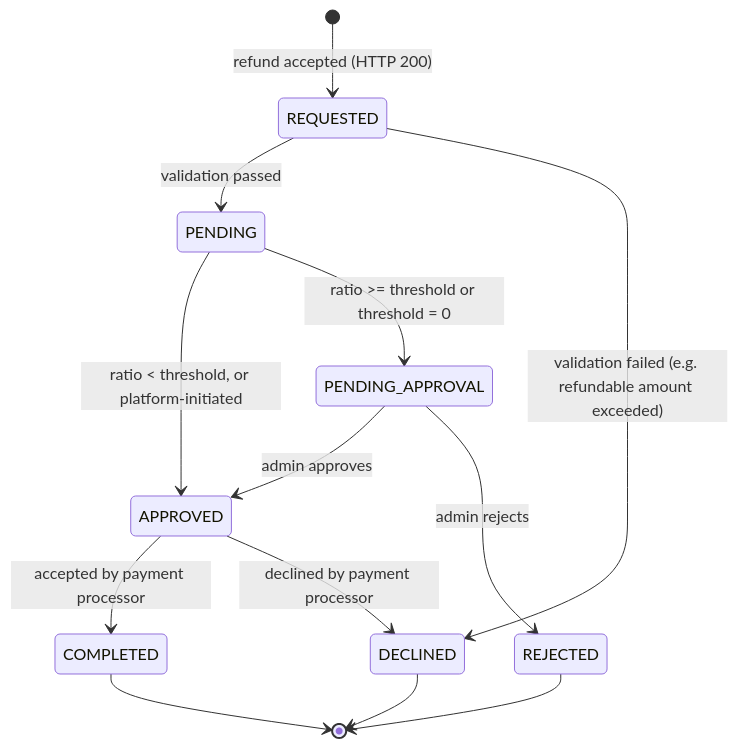
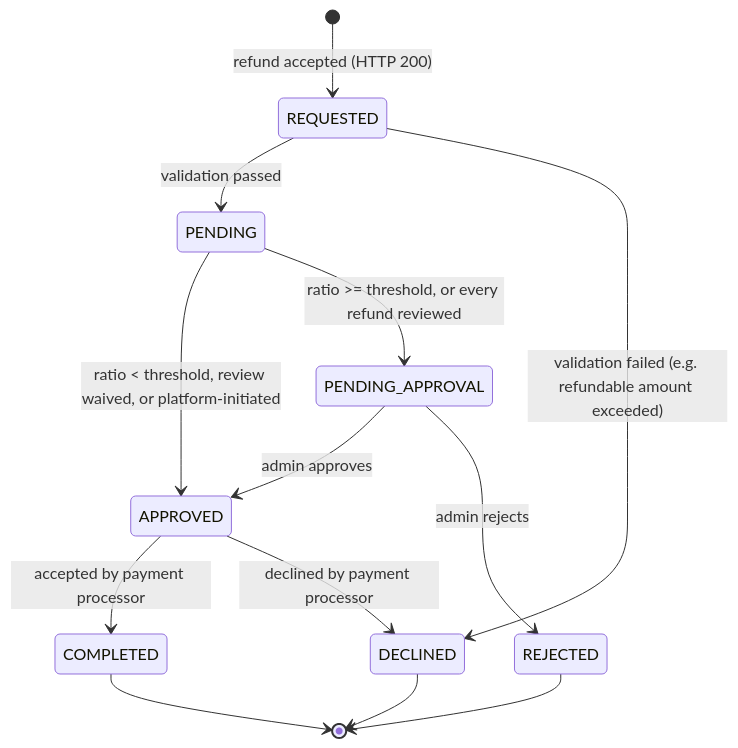
One commit to KumaaGroup/platform-apidocs changed the diagram in docs/refunds.md. Above: the diagram before and after it, drawn with Mermaid. The commit also changed other lines of this file, not shown here.

Commit message:
PN-938 Document the waived refund review and the sandbox default (#35)
## What

The refund lifecycle on the refunds page says that the manual review can
be waived for a merchant account, and that sandbox accounts are set up
that way, so a sandbox refund moves straight from `PENDING` to
`APPROVED`. "Threshold disabled" becomes "every refund is reviewed",
which is what it meant.

## Why

A sandbox merchant found refunds waiting in `PENDING_APPROVAL` and the
page gave no hint of when a review applies (PN-938). The platform PR
adds the waived review and the gitops PR makes it the sandbox default.

**A merge publishes this page, so it goes last:** after the platform PR
is released to sandbox and the gitops PR is merged, otherwise the page
describes a sandbox that does not exist yet.

## Sibling PRs

- platform, the `-1` threshold:
https://github.com/KumaaGroup/platform/pull/1177
- platform-ui, spec copy and the form field:
https://github.com/KumaaGroup/platform-ui/pull/262
- gitops-nonprod, sandbox default:
https://github.com/KumaaGroup/gitops-nonprod/pull/138

🤖 Generated with [Claude Code](https://claude.com/claude-code)

````diff
--- a/docs/refunds.md
+++ b/docs/refunds.md
@@ -82,15 +82,15 @@
 ```mermaid
 stateDiagram-v2
     [*] --> REQUESTED: refund accepted (HTTP 200)
     REQUESTED --> PENDING: validation passed
     REQUESTED --> DECLINED: validation failed (e.g. refundable amount exceeded)
-    PENDING --> APPROVED: ratio < threshold, or platform-initiated
-    PENDING --> PENDING_APPROVAL: ratio >= threshold or threshold = 0
+    PENDING --> APPROVED: ratio < threshold, review waived, or platform-initiated
+    PENDING --> PENDING_APPROVAL: ratio >= threshold, or every refund reviewed
     PENDING_APPROVAL --> APPROVED: admin approves
     PENDING_APPROVAL --> REJECTED: admin rejects
     APPROVED --> COMPLETED: accepted by payment processor
     APPROVED --> DECLINED: declined by payment processor
     COMPLETED --> [*]
     DECLINED --> [*]
     REJECTED --> [*]
 ```
````
